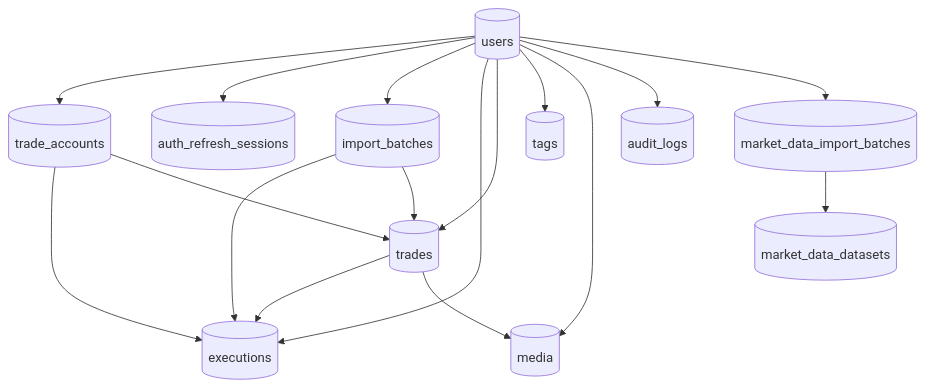
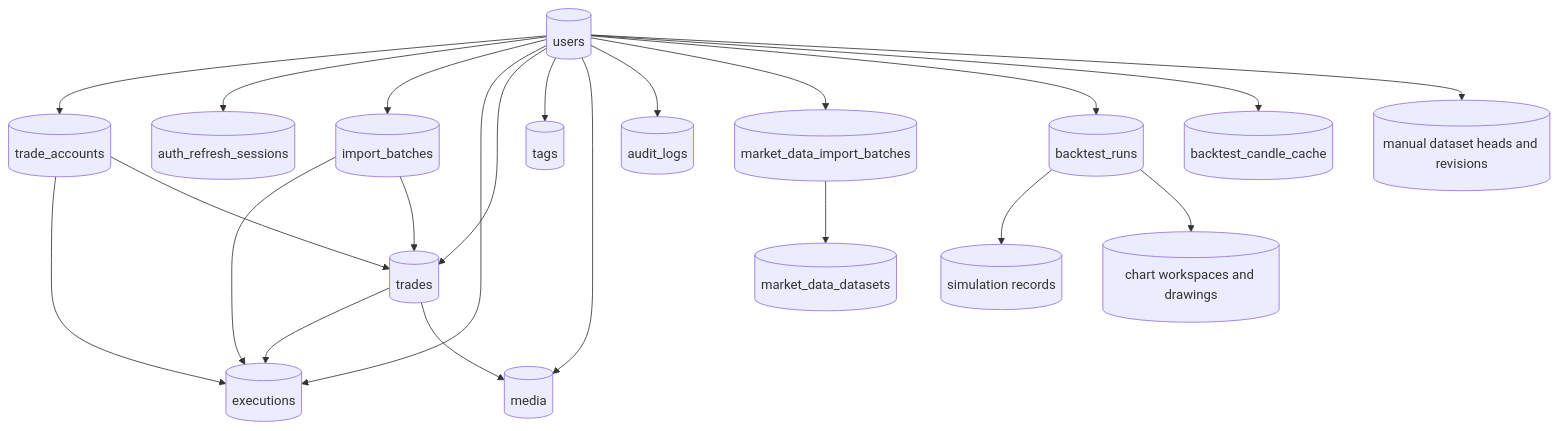
Before and after one commit to diridevelops/JanusEdge: the first of 4 diagrams in docs/architecture/database.md, drawn with Mermaid. The commit also changed other lines of this file and 283 other files, not shown here.

First line of the commit message:
Add manual backtest section (#28)

````diff
--- a/docs/architecture/database.md
+++ b/docs/architecture/database.md
@@ -16,31 +17,41 @@
 ```mermaid
 graph TB
   Users[(users)]
   RefreshSessions[(auth_refresh_sessions)]
   Accounts[(trade_accounts)]
   Batches[(import_batches)]
   Executions[(executions)]
   Trades[(trades)]
   Tags[(tags)]
   Media[(media)]
   MarketDatasets[(market_data_datasets)]
   MarketBatches[(market_data_import_batches)]
+  BacktestRuns[(backtest_runs)]
+  BacktestCache[(backtest_candle_cache)]
+  ManualDatasets[(manual dataset heads and revisions)]
+  Simulation[(simulation records)]
+  ChartState[(chart workspaces and drawings)]
   Audit[(audit_logs)]
 
   Users --> Accounts
   Users --> RefreshSessions
   Users --> Batches
   Users --> Executions
   Users --> Trades
   Users --> Tags
   Users --> Media
   Users --> Audit
   Users --> MarketBatches
+  Users --> BacktestRuns
+  Users --> BacktestCache
+  Users --> ManualDatasets
   Accounts --> Executions
   Accounts --> Trades
   Batches --> Executions
   Batches --> Trades
   Trades --> Executions
   Trades --> Media
   MarketBatches --> MarketDatasets
+  BacktestRuns --> Simulation
+  BacktestRuns --> ChartState
 ```
````
